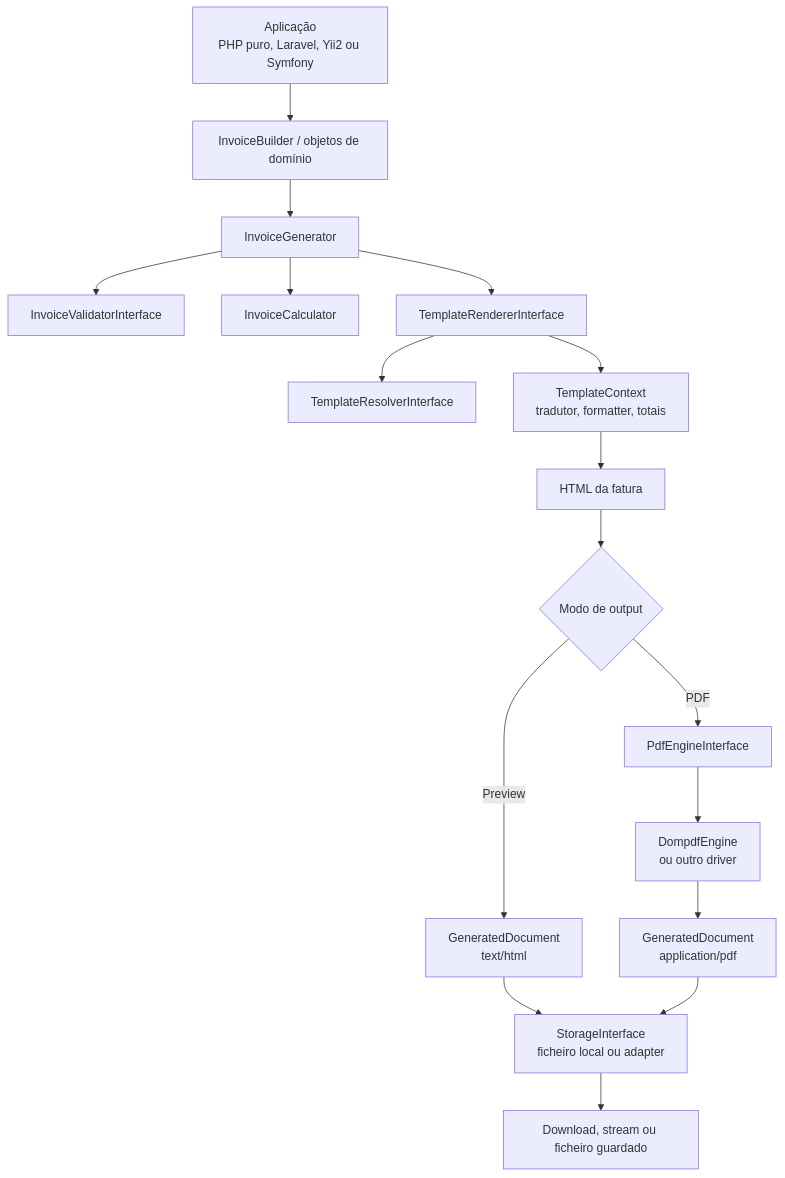
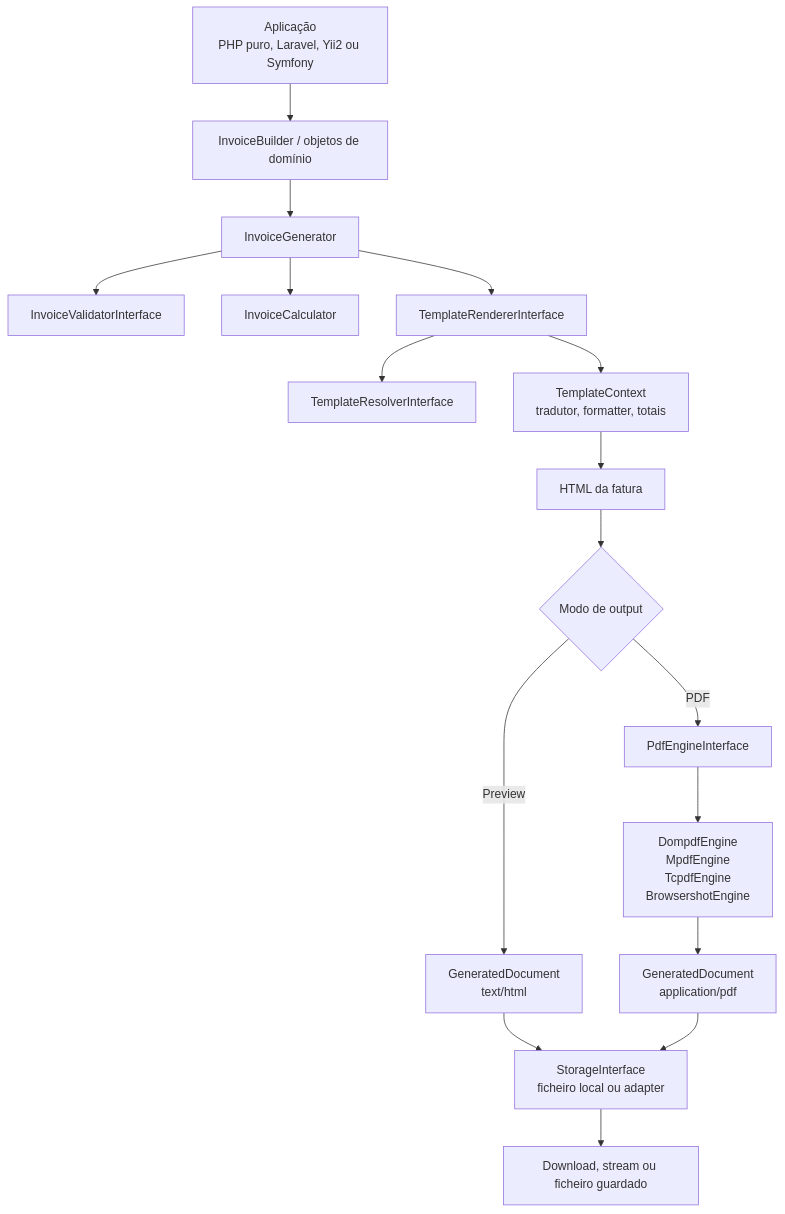
The diagram in docs/architecture.md (Kowts/pdf-invoices-php), drawn with Mermaid before and after one commit. The commit also changed other lines of this file and 16 other files, not shown here.

````diff
--- a/docs/architecture.md
+++ b/docs/architecture.md
@@ -29,19 +29,19 @@
 ```mermaid
 flowchart TD
     A["Aplicação<br/>PHP puro, Laravel, Yii2 ou Symfony"] --> B["InvoiceBuilder / objetos de domínio"]
     B --> C["InvoiceGenerator"]
     C --> D["InvoiceValidatorInterface"]
     C --> E["InvoiceCalculator"]
     C --> F["TemplateRendererInterface"]
     F --> G["TemplateResolverInterface"]
     F --> H["TemplateContext<br/>tradutor, formatter, totais"]
     H --> I["HTML da fatura"]
     I --> J{"Modo de output"}
     J -->|Preview| K["GeneratedDocument<br/>text/html"]
     J -->|PDF| L["PdfEngineInterface"]
-    L --> M["DompdfEngine<br/>ou outro driver"]
+    L --> M["DompdfEngine<br/>MpdfEngine<br/>TcpdfEngine<br/>BrowsershotEngine"]
     M --> N["GeneratedDocument<br/>application/pdf"]
     K --> O["StorageInterface<br/>ficheiro local ou adapter"]
     N --> O
     O --> P["Download, stream ou ficheiro guardado"]
 ```
````
